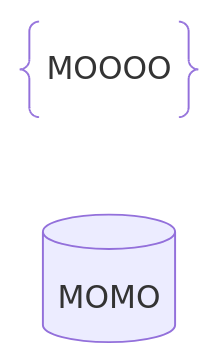
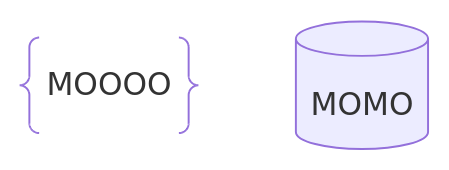
The diagram in slides.md (gerbssusd/dok), drawn with Mermaid before and after one commit.

````diff
--- a/slides.md
+++ b/slides.md
@@ -217,8 +217,8 @@
 ```mermaid
-flowchart LR
+flowchart TD
     A@{ shape: braces, label: "MOOOO" }
     B@{ shape: cyl, label: "MOMO"}
 
 
 
 ```
````
